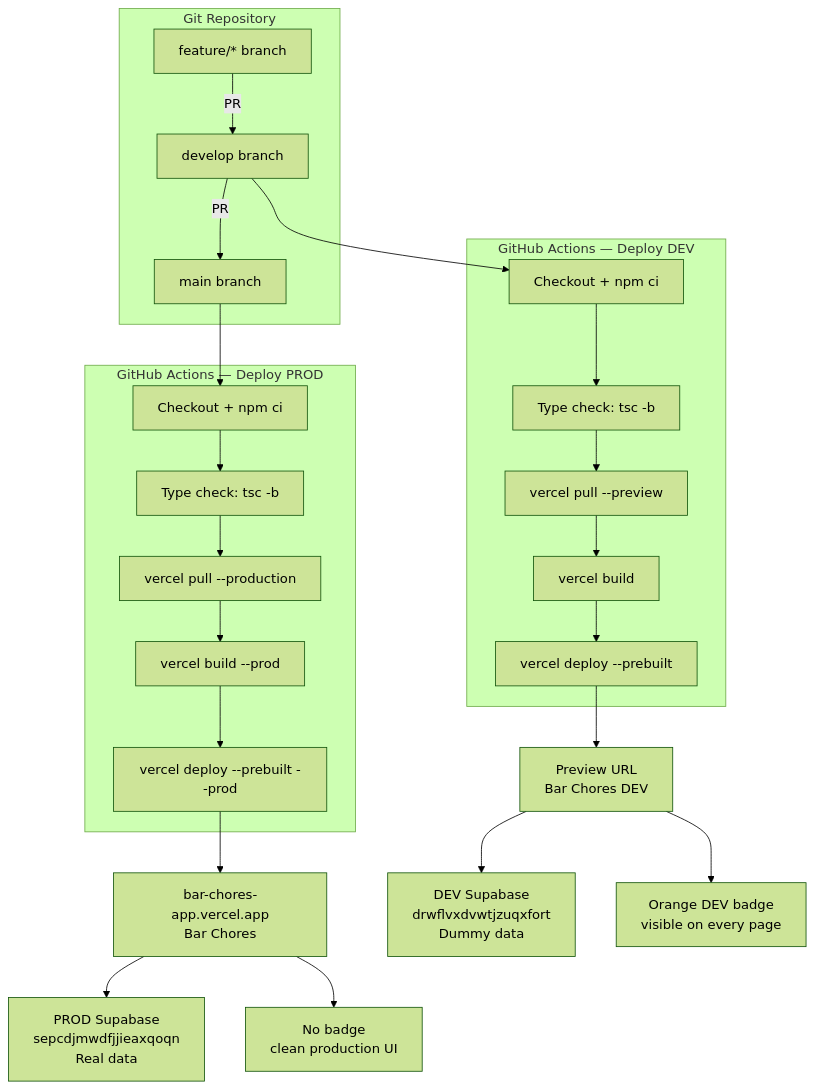
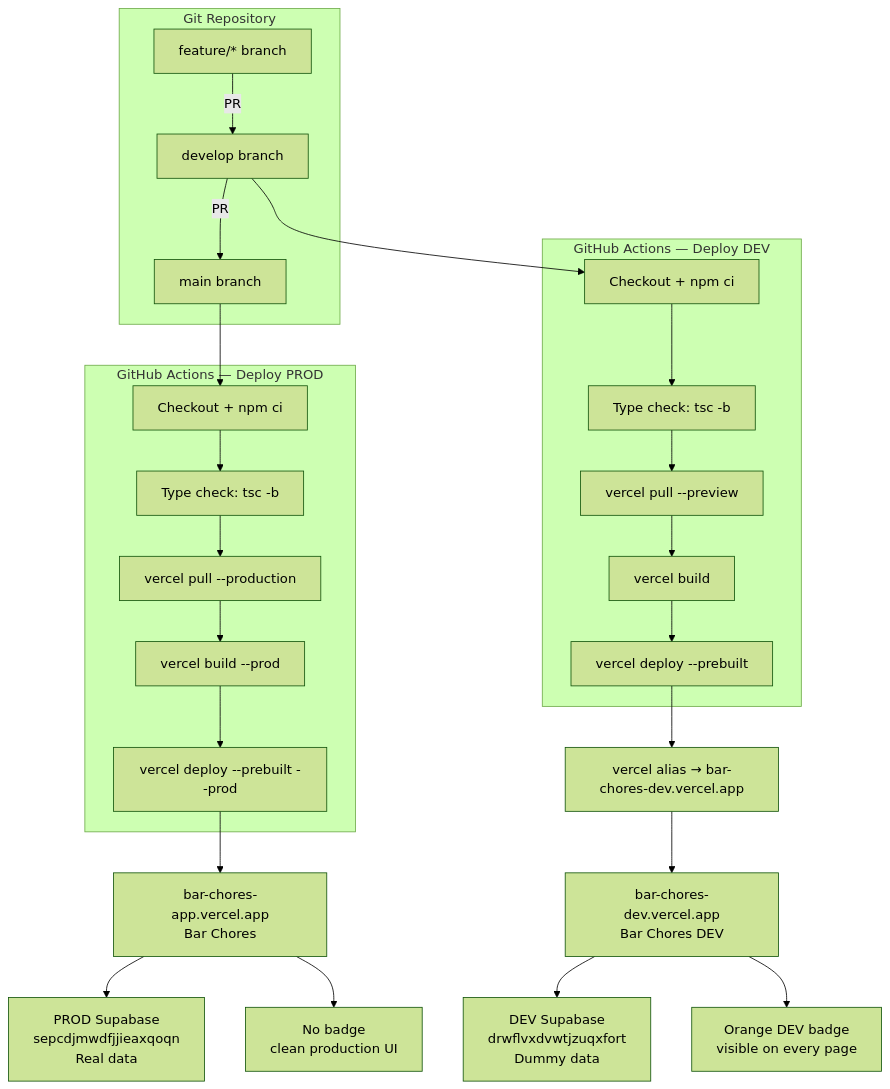
One commit to briannanayakkara/bar-chores-app changed diagram 11 of 12 in docs/app-flowchart.md. Above: the diagram before and after it, drawn with Mermaid (forest theme). The commit also changed other lines of this file and 3 other files, not shown here.

````diff
--- a/docs/app-flowchart.md
+++ b/docs/app-flowchart.md
@@ -374,32 +374,33 @@
 ```mermaid
 flowchart TD
     subgraph GIT["Git Repository"]
         FEAT["feature/* branch"] -->|PR| DEV_BR["develop branch"]
         DEV_BR -->|PR| MAIN["main branch"]
     end
 
     subgraph CI_DEV["GitHub Actions — Deploy DEV"]
         DEV_BR --> D1["Checkout + npm ci"]
         D1 --> D2["Type check: tsc -b"]
         D2 --> D3["vercel pull --preview"]
         D3 --> D4["vercel build"]
         D4 --> D5["vercel deploy --prebuilt"]
     end
 
     subgraph CI_PROD["GitHub Actions — Deploy PROD"]
         MAIN --> P1["Checkout + npm ci"]
         P1 --> P2["Type check: tsc -b"]
         P2 --> P3["vercel pull --production"]
         P3 --> P4["vercel build --prod"]
         P4 --> P5["vercel deploy --prebuilt --prod"]
     end
 
-    D5 --> DEV_URL["Preview URL<br/>Bar Chores DEV"]
+    D5 --> ALIAS["vercel alias → bar-chores-dev.vercel.app"]
+    ALIAS --> DEV_URL["bar-chores-dev.vercel.app<br/>Bar Chores DEV"]
     P5 --> PROD_URL["bar-chores-app.vercel.app<br/>Bar Chores"]
 
     DEV_URL --> DEV_SB["DEV Supabase<br/>drwflvxdvwtjzuqxfort<br/>Dummy data"]
     PROD_URL --> PROD_SB["PROD Supabase<br/>sepcdjmwdfjjieaxqoqn<br/>Real data"]
 
     DEV_URL --> DEV_BADGE["Orange DEV badge<br/>visible on every page"]
     PROD_URL --> NO_BADGE["No badge<br/>clean production UI"]
 ```
````
